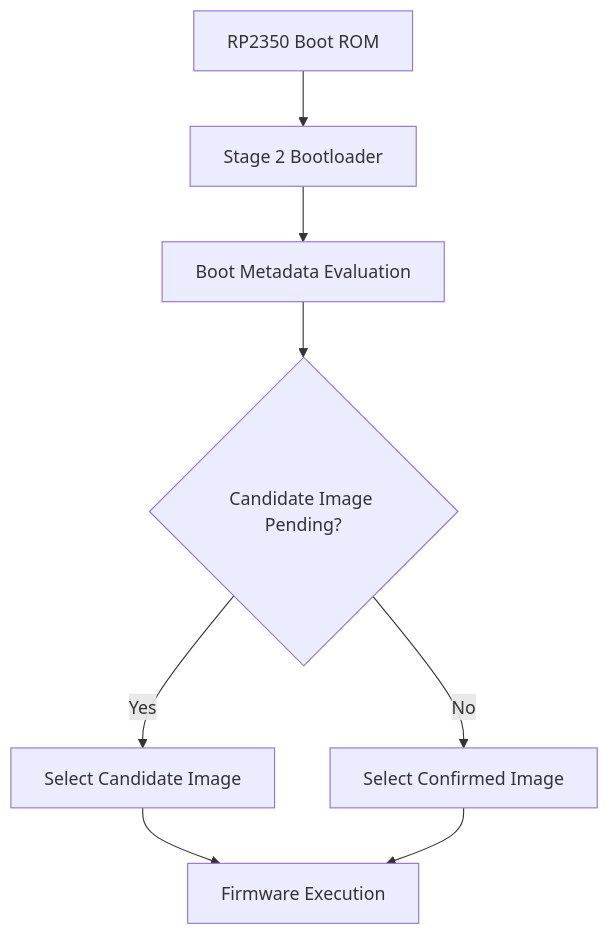
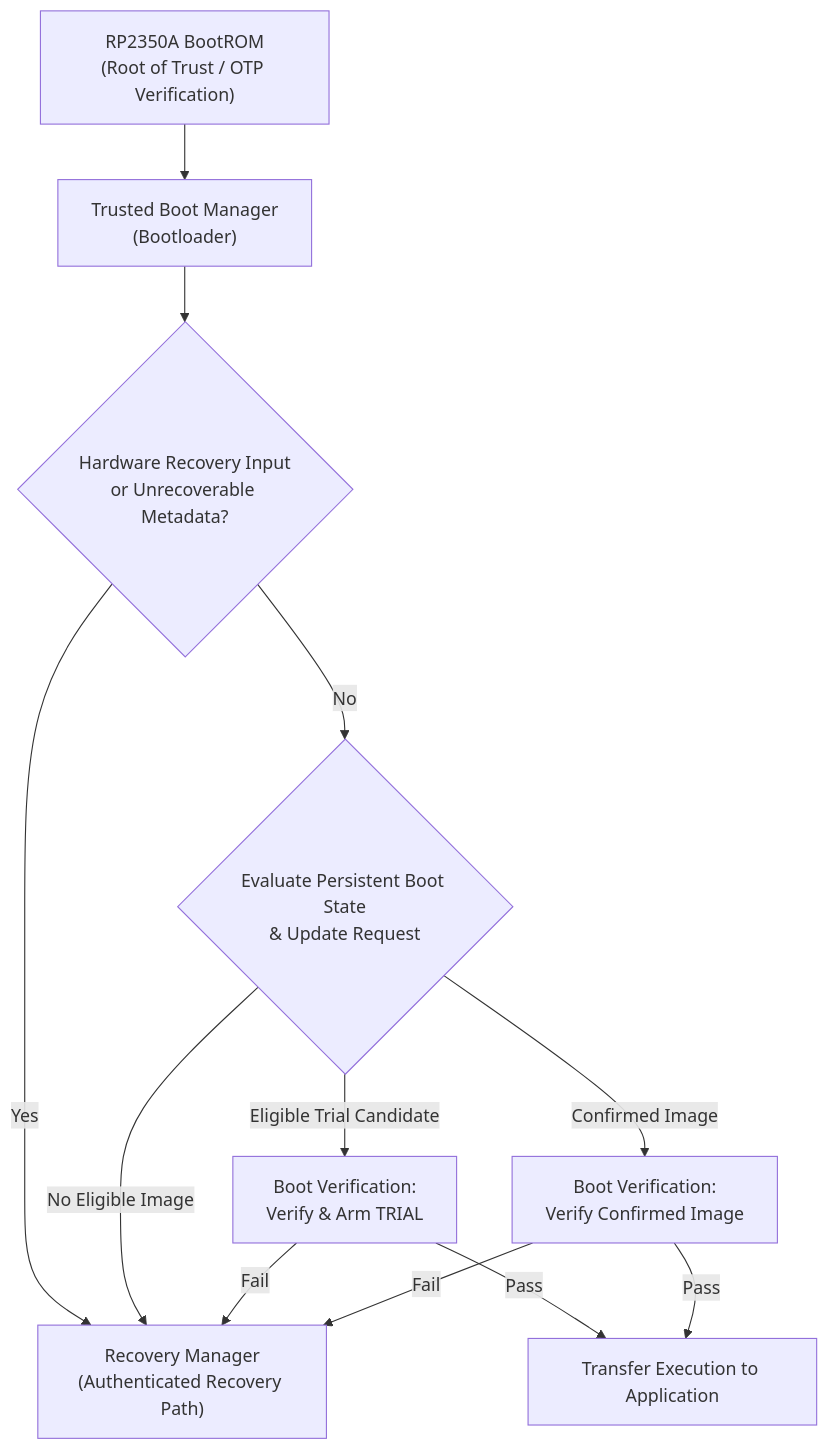
One commit to COMxI2C/rp2350-secure-ota-system changed the second of 2 diagrams in README.md. Above: the diagram before and after it, drawn with Mermaid. The commit also changed other lines of this file, not shown here.

````diff
--- a/README.md
+++ b/README.md
@@ -86,15 +82,16 @@
 ```mermaid
 flowchart TD
-    A["RP2350 Boot ROM"]
-        --> B["Stage 2 Bootloader"]
-        --> C["Boot Metadata Evaluation"]
+    A["RP2350A BootROM<br/>(Root of Trust / OTP Verification)"] --> B["Trusted Boot Manager<br/>(Bootloader)"]
+    B --> C{"Hardware Recovery Input<br/>or Unrecoverable Metadata?"}
+    C -->|Yes| G["Recovery Manager<br/>(Authenticated Recovery Path)"]
+    C -->|No| D{"Evaluate Persistent Boot State<br/>& Update Request"}
 
-    C --> D{"Candidate Image Pending?"}
+    D -->|Eligible Trial Candidate| E["Boot Verification:<br/>Verify & Arm TRIAL"]
+    D -->|Confirmed Image| F["Boot Verification:<br/>Verify Confirmed Image"]
+    D -->|No Eligible Image| G
 
-    D -->|"Yes"| E["Select Candidate Image"]
-    D -->|"No"| F["Select Confirmed Image"]
-
-    E --> G["Firmware Execution"]
-    F --> G
-
+    E -->|Pass| H["Transfer Execution to Application"]
+    F -->|Pass| H
+    E -->|Fail| G
+    F -->|Fail| G
 ```
````
